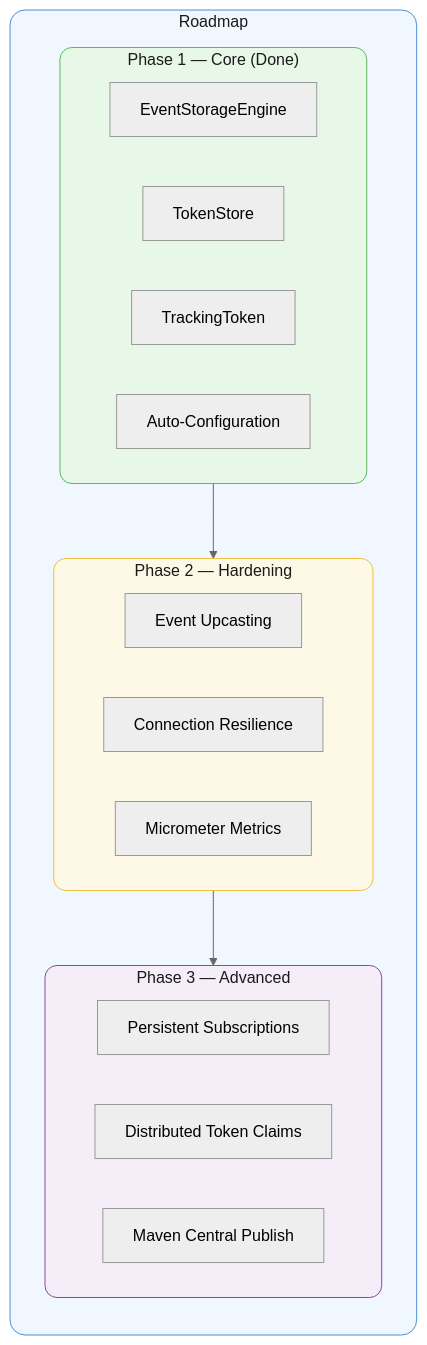
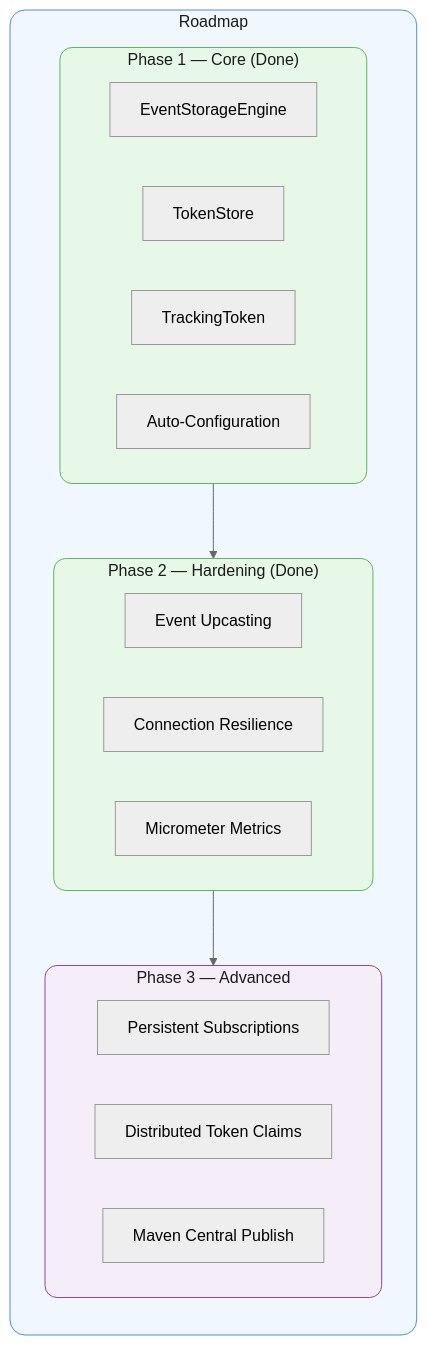
The fifth of 5 diagrams in README.md (bsakweson/axon-eventstoredb), drawn with Mermaid (neutral theme) before and after one commit. The commit also changed other lines of this file and 18 other files, not shown here.

````diff
--- a/README.md
+++ b/README.md
@@ -346,30 +376,30 @@
 ```mermaid
 graph LR
     subgraph roadmap["Roadmap"]
         style roadmap fill:#f0f7ff,stroke:#4a90d9,rx:15,ry:15,color:#1a1a1a
 
         subgraph phase1["Phase 1 — Core (Done)"]
             style phase1 fill:#e8f8e8,stroke:#5cb85c,rx:12,ry:12,color:#1a1a1a
             p1a["EventStorageEngine"]
             p1b["TokenStore"]
             p1c["TrackingToken"]
             p1d["Auto-Configuration"]
         end
 
-        subgraph phase2["Phase 2 — Hardening"]
-            style phase2 fill:#fef9e7,stroke:#f0c040,rx:12,ry:12,color:#1a1a1a
+        subgraph phase2["Phase 2 — Hardening (Done)"]
+            style phase2 fill:#e8f8e8,stroke:#5cb85c,rx:12,ry:12,color:#1a1a1a
             p2a["Event Upcasting"]
             p2b["Connection Resilience"]
             p2c["Micrometer Metrics"]
         end
 
         subgraph phase3["Phase 3 — Advanced"]
             style phase3 fill:#f5eef8,stroke:#8e44ad,rx:12,ry:12,color:#1a1a1a
             p3a["Persistent Subscriptions"]
             p3b["Distributed Token Claims"]
             p3c["Maven Central Publish"]
         end
     end
 
     phase1 --> phase2 --> phase3
 ```
````
